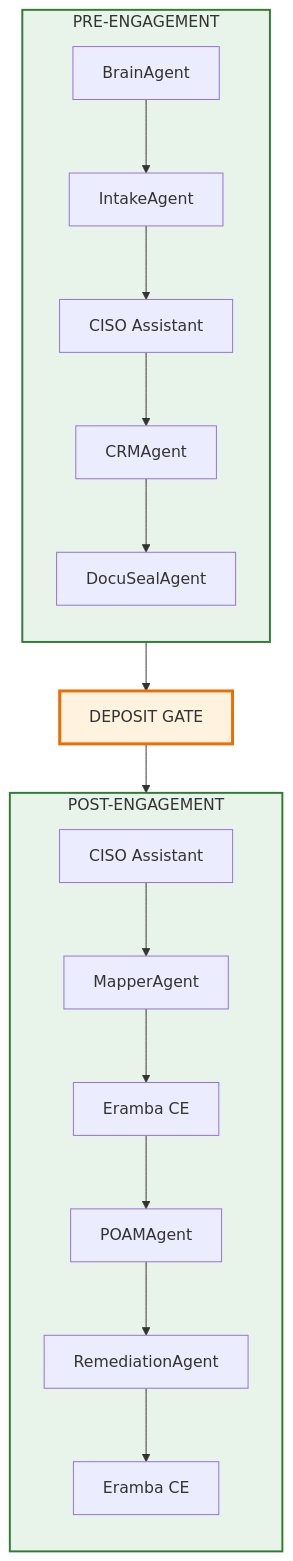
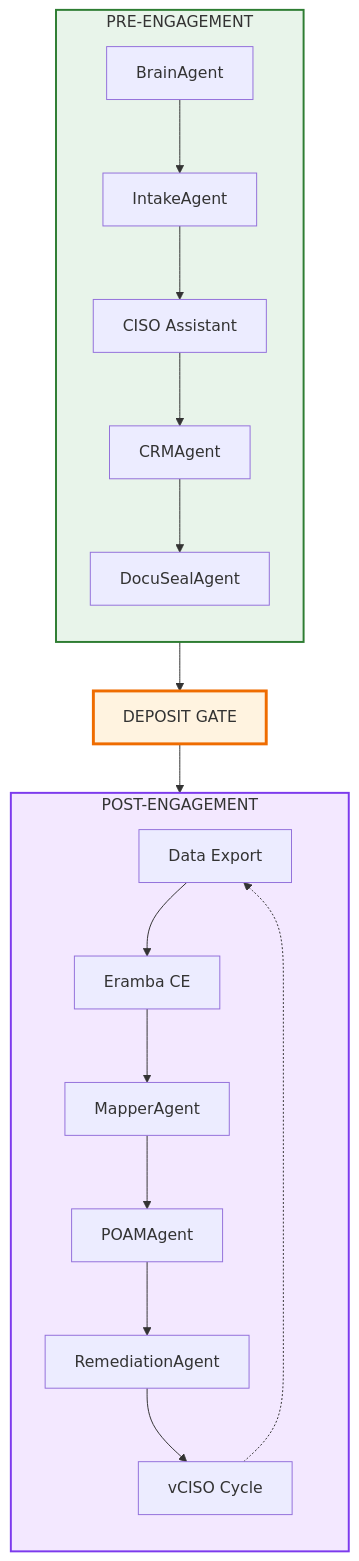
The third of 3 diagrams in docs/cybersecurity/giap.md (Pharns/portfolio), drawn with Mermaid before and after one commit. The commit also changed other lines of this file, not shown here.

First line of the commit message:
Update workflow diagrams: purple POST, corrected flow

````diff
--- a/docs/cybersecurity/giap.md
+++ b/docs/cybersecurity/giap.md
@@ -149,28 +150,29 @@
 ```mermaid
 flowchart TB
     subgraph PRE[PRE-ENGAGEMENT]
         direction TB
         BA1[BrainAgent] --> IA[IntakeAgent]
         IA --> CA1[CISO Assistant]
         CA1 --> CRMA[CRMAgent]
         CRMA --> DSA[DocuSealAgent]
     end
 
     DG[DEPOSIT GATE]
 
     subgraph POST[POST-ENGAGEMENT]
         direction TB
-        CA2[CISO Assistant] --> MA[MapperAgent]
-        MA --> ERA[Eramba CE]
-        ERA --> PA[POAMAgent]
+        EXP[Data Export] --> ERA[Eramba CE]
+        ERA --> MA[MapperAgent]
+        MA --> PA[POAMAgent]
         PA --> RA[RemediationAgent]
-        RA --> ERA2[Eramba CE]
+        RA --> VCISO[vCISO Cycle]
     end
 
     DSA --> DG
-    DG --> CA2
+    DG --> EXP
+    VCISO -.-> EXP
 
     style PRE fill:#e8f4ea,stroke:#2e7d32,stroke-width:2px
-    style POST fill:#e8f4ea,stroke:#2e7d32,stroke-width:2px
+    style POST fill:#f3e8ff,stroke:#7c3aed,stroke-width:2px
     style DG fill:#fff3e0,stroke:#ef6c00,stroke-width:3px
 ```
````
